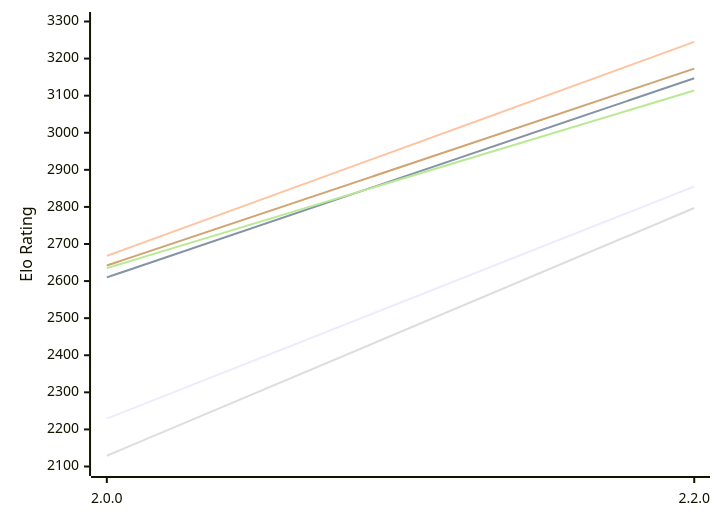
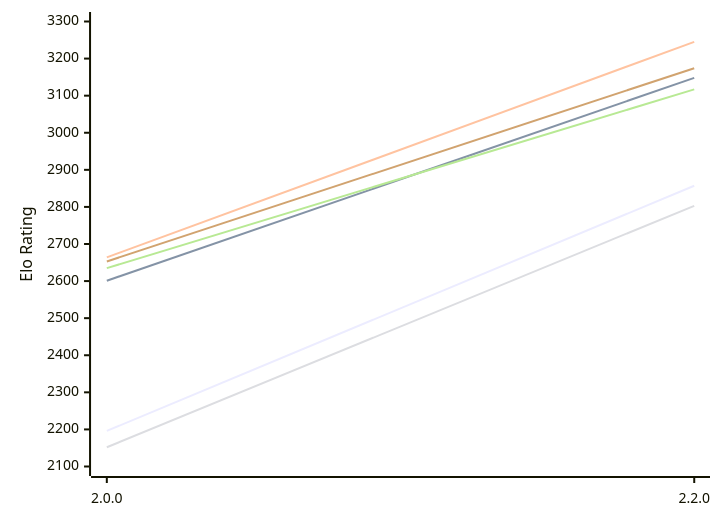
One commit to computer-chess-index/cci changed the first of 2 diagrams in engines/SoloEngine.md. Above: the diagram before and after it, drawn with Mermaid. The commit also changed other lines of this file, not shown here.

Commit message:
Update CCI Ratings (ELO VLTC) - 2026-11-17

````diff
--- a/engines/SoloEngine.md
+++ b/engines/SoloEngine.md
@@ -55,12 +55,12 @@
 ```mermaid
 %%{init: {"theme":"base","themeVariables":{"seriesColors:['#a3a3a3','#222221','#faa371']}}}%%
 xychart-beta
   x-axis ["2.0.0", "2.2.0"]
   y-axis "Elo Rating" 2100 --> 3300
-  line "E1: STC (8.0+0.08s)" [2229, 2855]
-  line "E1: LTC (60.0+0.60s)" [2610, 3147]
-  line "E1: VLTC (2m24s+1.12s)" [2668, 3245]
-  line "P1: STC (8.0+0.08s)" [2129, 2797]
-  line "P1: LTC (60.0+0.60s)" [2635, 3114]
-  line "P1: VLTC (2m24s+1.12s)" [2642, 3173]
+  line "E1: STC (8.0+0.08s)" [2196, 2857]
+  line "E1: LTC (60.0+0.60s)" [2601, 3148]
+  line "E1: VLTC (2m24s+1.12s)" [2664, 3245]
+  line "P1: STC (8.0+0.08s)" [2152, 2803]
+  line "P1: LTC (60.0+0.60s)" [2635, 3117]
+  line "P1: VLTC (2m24s+1.12s)" [2653, 3174]
 ```
````
